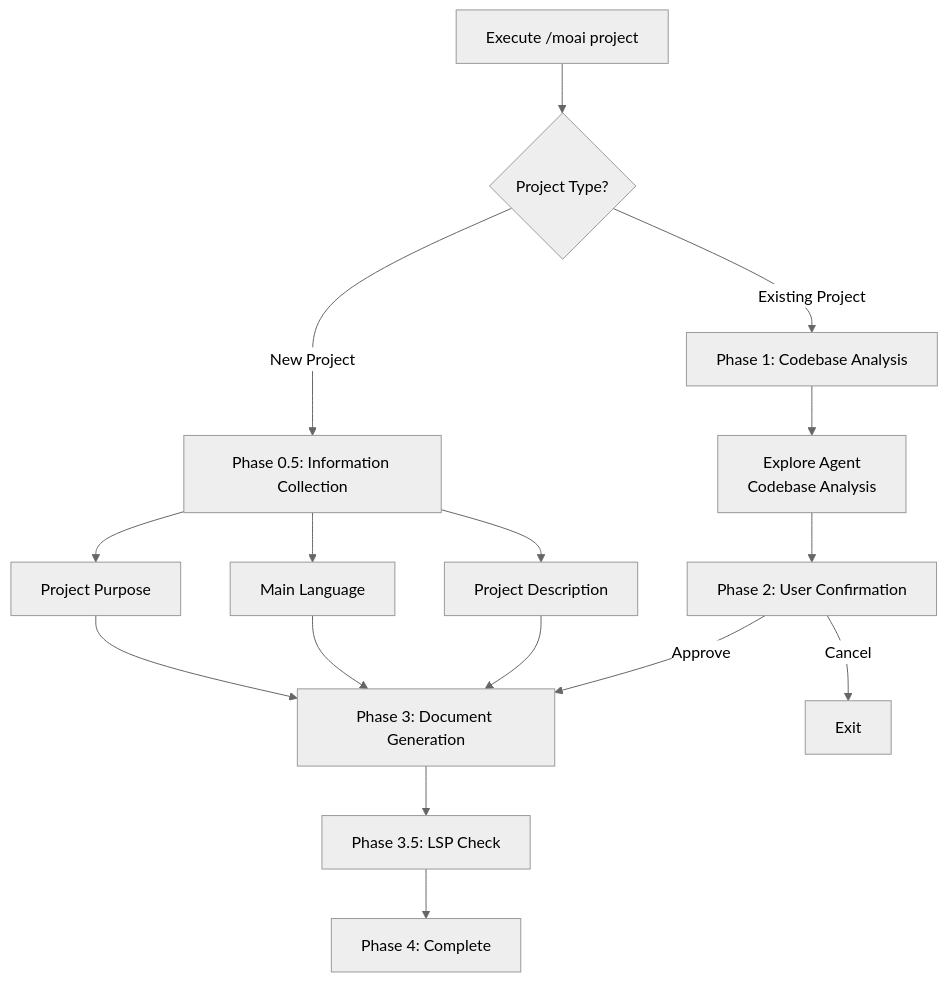
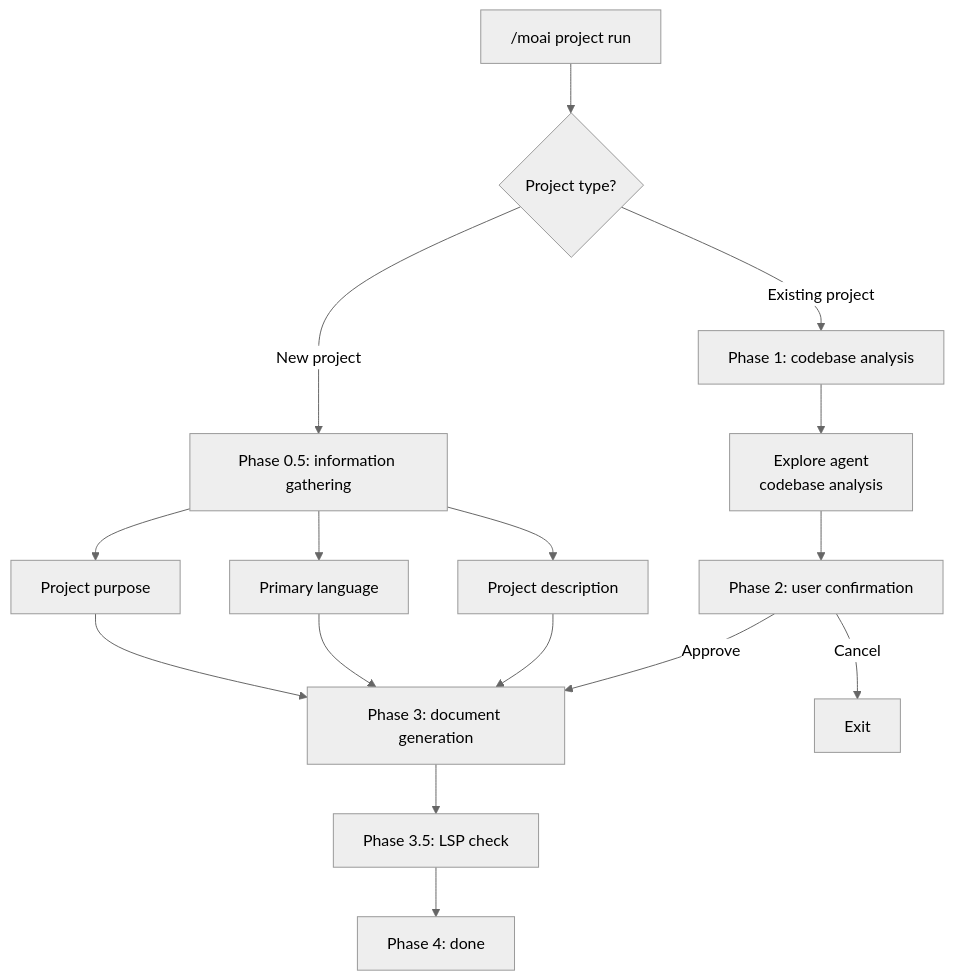
Before and after one commit to modu-ai/moai-adk: the first of 2 diagrams in docs-site/content/en/workflow-commands/moai-project.md, drawn with Mermaid (neutral theme). The commit also changed other lines of this file and 395 other files, not shown here.

````diff
--- a/docs-site/content/en/workflow-commands/moai-project.md
+++ b/docs-site/content/en/workflow-commands/moai-project.md
@@ -92,24 +97,24 @@
 ```mermaid
 flowchart TD
-    Start["Execute /moai project"] --> Q1{Project Type?}
+    Start["/moai project run"] --> Q1{Project type?}
 
-    Q1 -->|New Project| New["Phase 0.5: Information Collection"]
-    Q1 -->|Existing Project| Exist["Phase 1: Codebase Analysis"]
+    Q1 -->|New project| New["Phase 0.5: information gathering"]
+    Q1 -->|Existing project| Exist["Phase 1: codebase analysis"]
 
-    New --> NewQ["Project Purpose"]
-    New --> NewL["Main Language"]
-    New --> NewD["Project Description"]
+    New --> NewQ["Project purpose"]
+    New --> NewL["Primary language"]
+    New --> NewD["Project description"]
 
-    NewQ --> Gen["Phase 3: Document Generation"]
+    NewQ --> Gen["Phase 3: document generation"]
     NewL --> Gen
     NewD --> Gen
 
-    Exist --> Exp["Explore Agent<br/>Codebase Analysis"]
-    Exp --> Conf["Phase 2: User Confirmation"]
+    Exist --> Exp["Explore agent<br/>codebase analysis"]
+    Exp --> Conf["Phase 2: user confirmation"]
 
     Conf -->|Approve| Gen
     Conf -->|Cancel| End["Exit"]
 
-    Gen --> LSP["Phase 3.5: LSP Check"]
-    LSP --> Complete["Phase 4: Complete"]
+    Gen --> LSP["Phase 3.5: LSP check"]
+    LSP --> Complete["Phase 4: done"]
 ```
````
